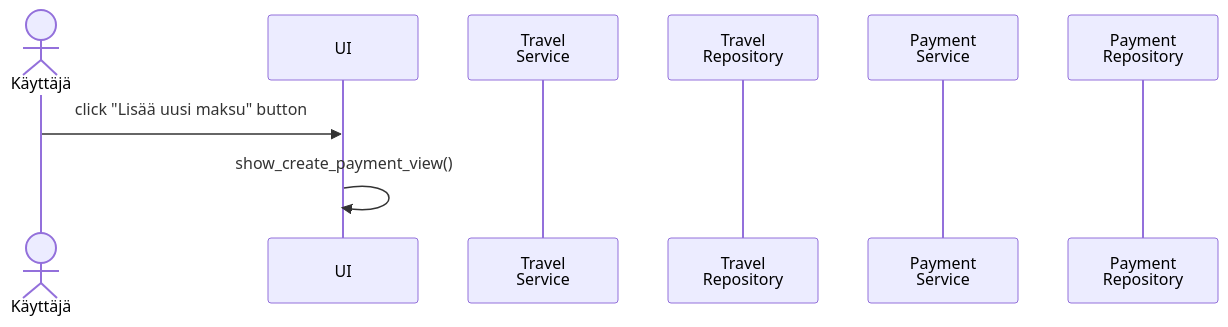
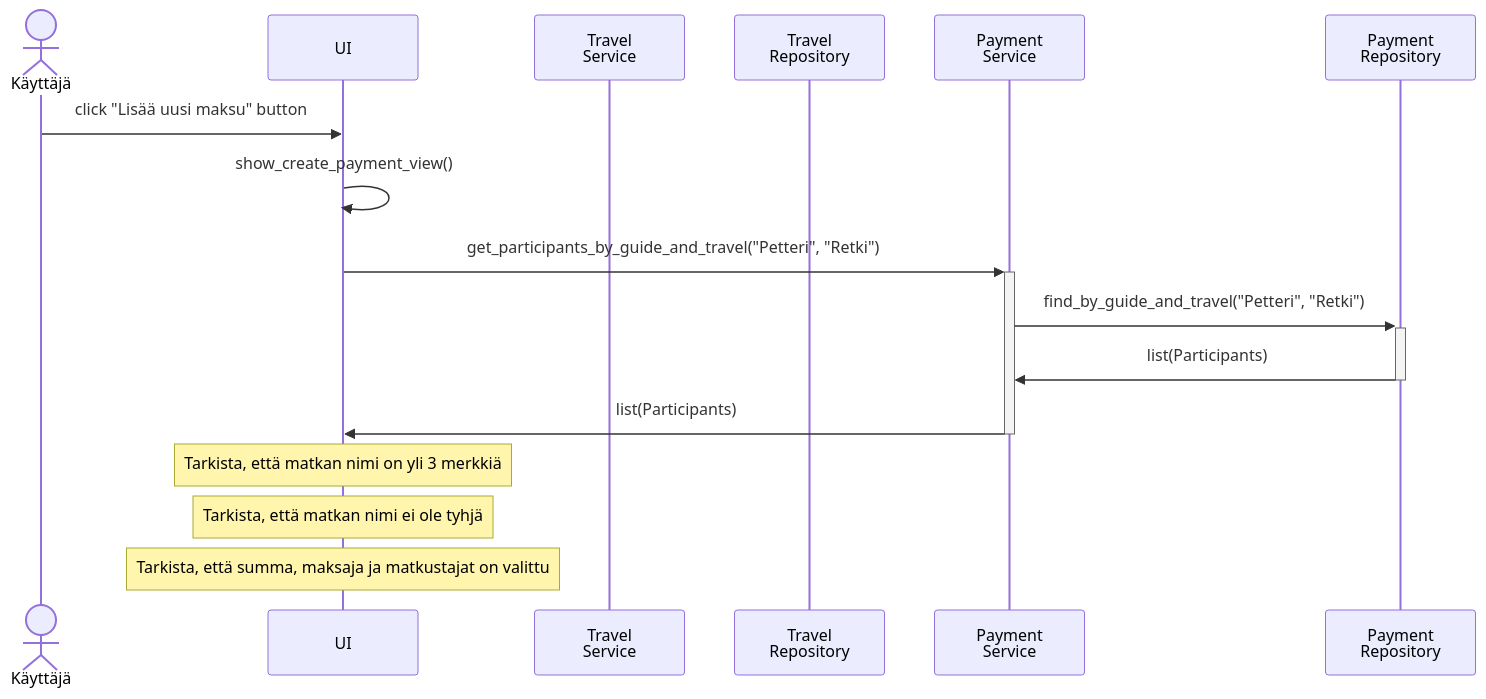
Before and after one commit to phuvio/ot-harjoitustyo: the fourth of 4 diagrams in travel-expense-calculator-app/dokumentaatio/arkkitehtuuri.md, drawn with Mermaid.

````diff
--- a/travel-expense-calculator-app/dokumentaatio/arkkitehtuuri.md
+++ b/travel-expense-calculator-app/dokumentaatio/arkkitehtuuri.md
@@ -172,11 +172,18 @@
 ```mermaid
  sequenceDiagram
    Actor K as Käyttäjä
    participant U as UI
    participant T as Travel <br> Service
    participant TR as Travel <br> Repository
    participant P as Payment <br> Service
    participant PR as Payment <br> Repository
    K->>U: click "Lisää uusi maksu" button
    U->>U: show_create_payment_view()
+   U->>+P: get_participants_by_guide_and_travel("Petteri", "Retki")
+   P->>+PR: find_by_guide_and_travel("Petteri", "Retki")
+   PR->>-P: list(Participants)
+   P->>-U: list(Participants)
+   Note over U: Tarkista, että matkan nimi on yli 3 merkkiä
+   Note over U: Tarkista, että matkan nimi ei ole tyhjä
+   Note over U: Tarkista, että summa, maksaja ja matkustajat on valittu
 ```
````
